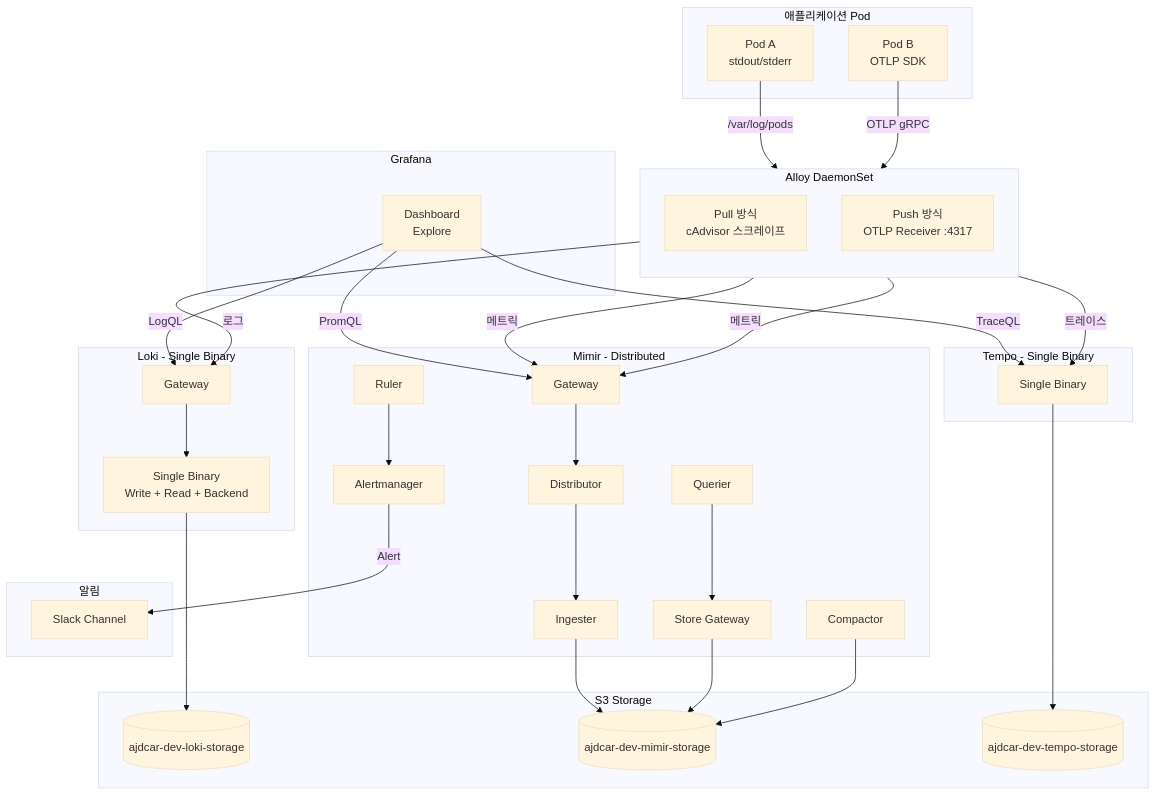
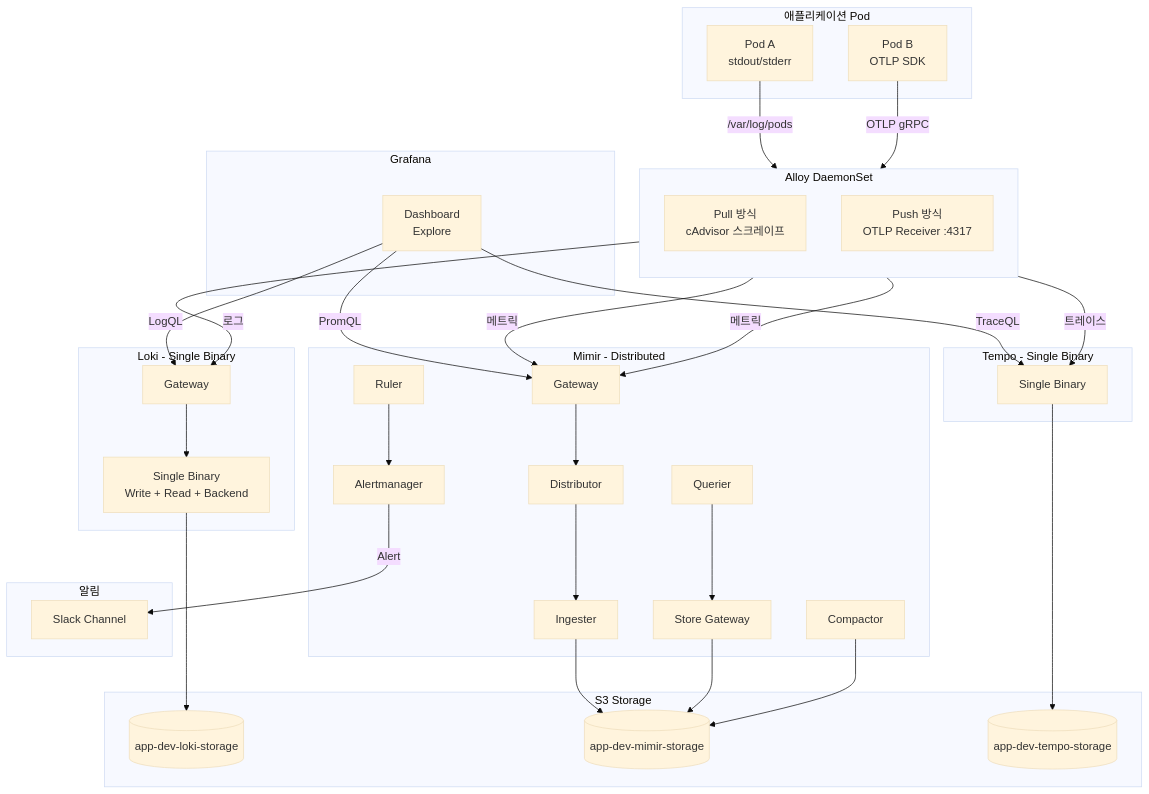
Before and after one commit to kimduksoo/duksoo-tech-blog: the diagram in content/observability/lgtm-stack.md, drawn with Mermaid (base theme). The commit also changed other lines of this file, not shown here.

Commit message:
회사 정보 제거: ajdcar → app

````diff
--- a/content/observability/lgtm-stack.md
+++ b/content/observability/lgtm-stack.md
@@ -28,74 +28,74 @@
 ```mermaid
 flowchart TB
     subgraph Apps[애플리케이션 Pod]
         App1[Pod A<br/>stdout/stderr]
         App2[Pod B<br/>OTLP SDK]
     end
 
     subgraph Alloy[Alloy DaemonSet]
         direction TB
         Pull[Pull 방식<br/>cAdvisor 스크레이프]
         Push[Push 방식<br/>OTLP Receiver :4317]
     end
 
     subgraph Loki[Loki - Single Binary]
         LokiGW[Gateway]
         LokiSB[Single Binary<br/>Write + Read + Backend]
     end
 
     subgraph Mimir[Mimir - Distributed]
         MimirGW[Gateway]
         Distributor
         Ingester
         Querier
         Compactor
         StoreGW[Store Gateway]
         Ruler
         AM[Alertmanager]
     end
 
     subgraph Tempo[Tempo - Single Binary]
         TempoSB[Single Binary]
     end
 
     subgraph Grafana[Grafana]
         Dashboard[Dashboard<br/>Explore]
     end
 
     subgraph S3[S3 Storage]
-        S3Loki[(ajdcar-dev-loki-storage)]
-        S3Mimir[(ajdcar-dev-mimir-storage)]
-        S3Tempo[(ajdcar-dev-tempo-storage)]
+        S3Loki[(app-dev-loki-storage)]
+        S3Mimir[(app-dev-mimir-storage)]
+        S3Tempo[(app-dev-tempo-storage)]
     end
 
     subgraph Slack[알림]
         SlackCh[Slack Channel]
     end
 
     %% 데이터 흐름
     App1 -->|/var/log/pods| Pull
     App2 -->|OTLP gRPC| Push
 
     Pull -->|메트릭| MimirGW
     Push -->|트레이스| TempoSB
     Push -->|로그| LokiGW
     Push -->|메트릭| MimirGW
 
     LokiGW --> LokiSB
     LokiSB --> S3Loki
 
     MimirGW --> Distributor
     Distributor --> Ingester
     Ingester --> S3Mimir
     Querier --> StoreGW
     StoreGW --> S3Mimir
     Compactor --> S3Mimir
     Ruler --> AM
     AM -->|Alert| SlackCh
 
     TempoSB --> S3Tempo
 
     Dashboard -->|LogQL| LokiGW
     Dashboard -->|PromQL| MimirGW
     Dashboard -->|TraceQL| TempoSB
 ```
````
